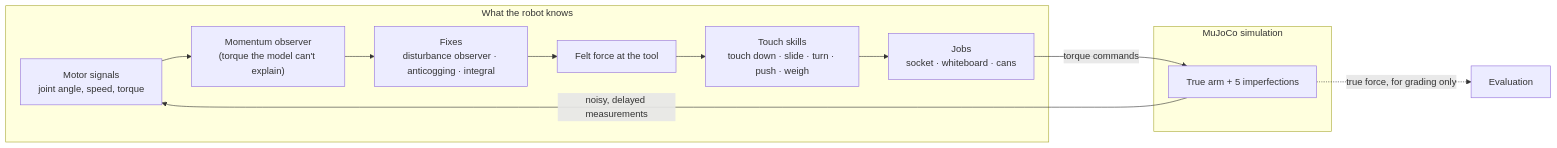
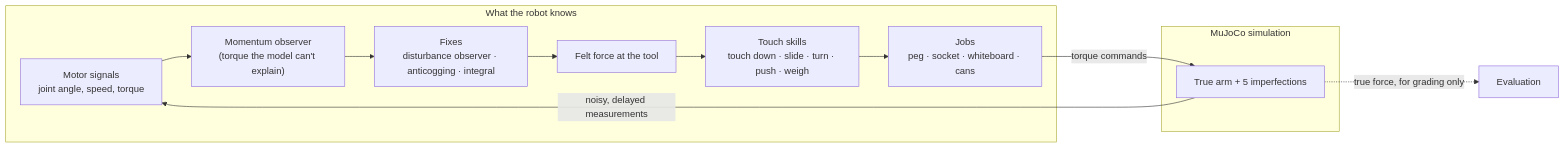
The diagram in README.md (ahmedsleem109/BlindTouch), drawn with Mermaid before and after one commit. The commit also changed other lines of this file and 7 other files, not shown here.

````diff
--- a/README.md
+++ b/README.md
@@ -106,16 +118,16 @@
 ```mermaid
 flowchart LR
     subgraph Robot["What the robot knows"]
         M["Motor signals<br/>joint angle, speed, torque"] --> O["Momentum observer<br/>(torque the model can't explain)"]
         O --> F["Fixes<br/>disturbance observer · anticogging · integral"]
         F --> S["Felt force at the tool"]
         S --> K["Touch skills<br/>touch down · slide · turn · push · weigh"]
-        K --> J["Jobs<br/>socket · whiteboard · cans"]
+        K --> J["Jobs<br/>peg · socket · whiteboard · cans"]
     end
     subgraph Sim["MuJoCo simulation"]
         P["True arm + 5 imperfections"]
     end
     J -- torque commands --> P
     P -- noisy, delayed measurements --> M
     P -. true force, for grading only .-> E["Evaluation"]
 ```
````
